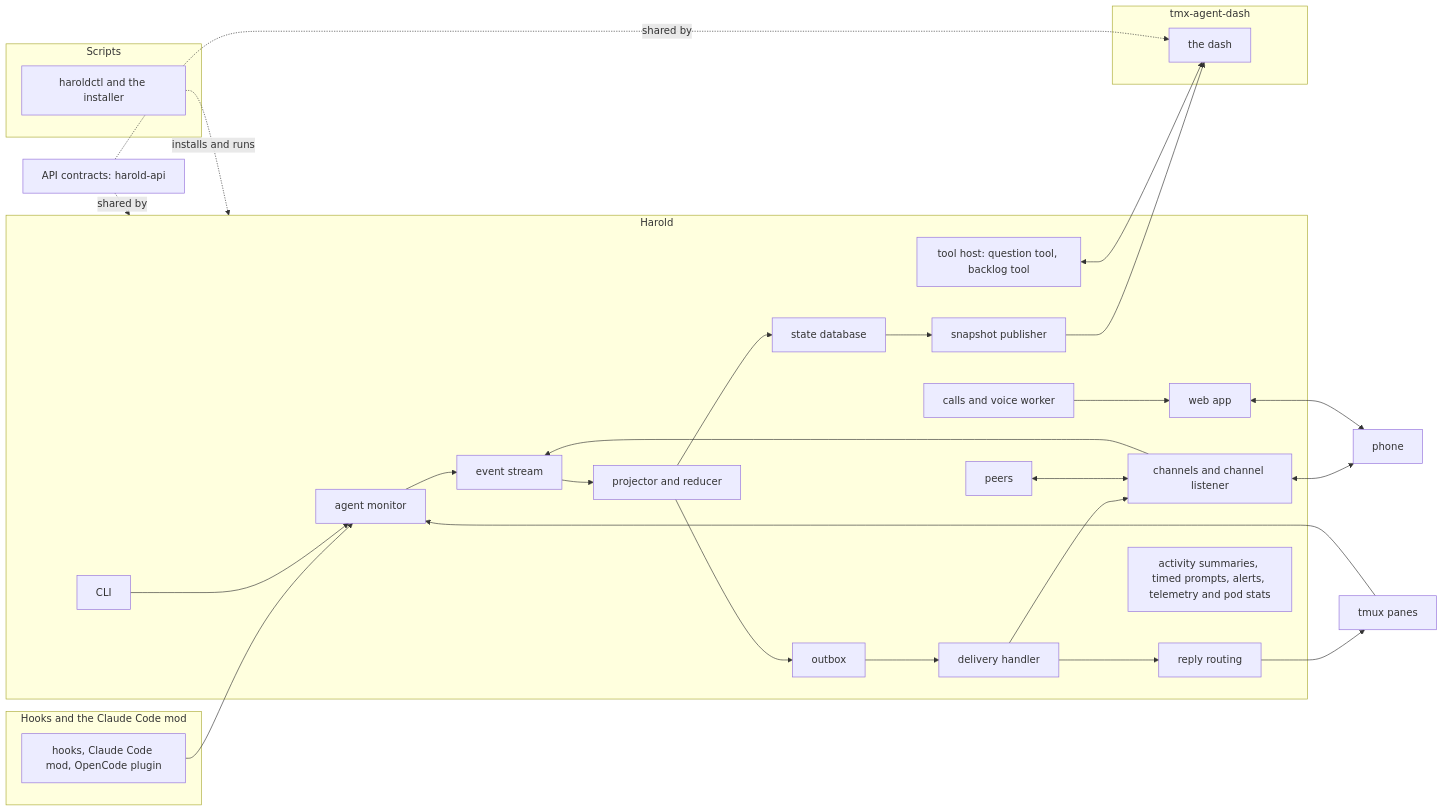
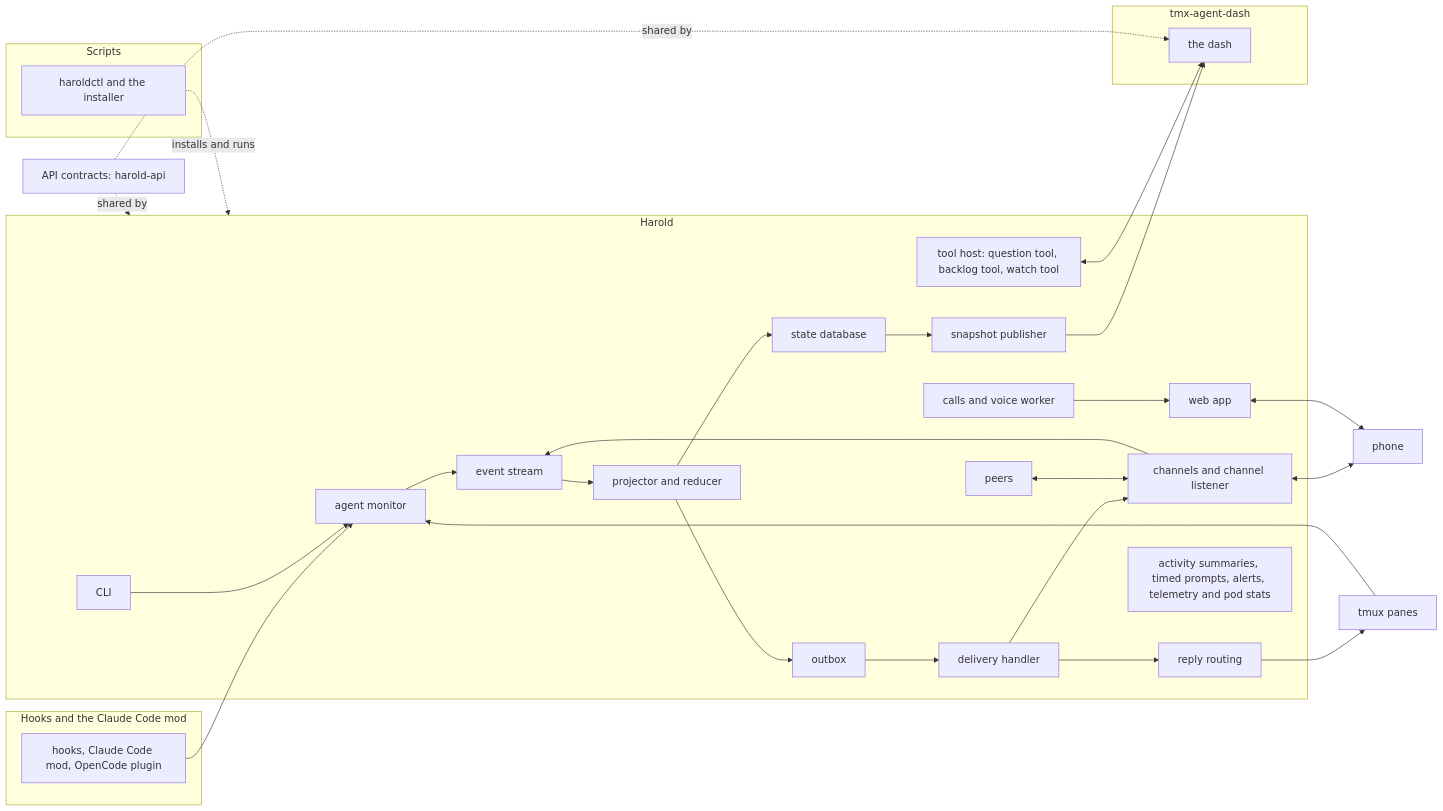
One commit to kahgeh/harold changed the first of 2 diagrams in docs/explanations/architecture.md. Above: the diagram before and after it, drawn with Mermaid. The commit also changed other lines of this file and 13 other files, not shown here.

Commit message:
Accept skills linked from the user's watch skill folders, and document the watch tool

````diff
--- a/docs/explanations/architecture.md
+++ b/docs/explanations/architecture.md
@@ -11,59 +11,59 @@
 ```mermaid
 flowchart LR
   subgraph hooksg["Hooks and the Claude Code mod"]
     hooks["hooks, Claude Code mod, OpenCode plugin"]
   end
 
   subgraph harold["Harold"]
     monitor["agent monitor"]
     stream["event stream"]
     projector["projector and reducer"]
     statedb["state database"]
     outbox["outbox"]
     handler["delivery handler"]
     channels["channels and channel listener"]
     routing["reply routing"]
     publisher["snapshot publisher"]
     peers["peers"]
-    toolhost["tool host: question tool, backlog tool"]
+    toolhost["tool host: question tool, backlog tool, watch tool"]
     voice["calls and voice worker"]
     webapp["web app"]
     extras["activity summaries, timed prompts, alerts, telemetry and pod stats"]
     cli["CLI"]
   end
 
   subgraph dashg["tmx-agent-dash"]
     dash["the dash"]
   end
 
   subgraph scriptsg["Scripts"]
     ctl["haroldctl and the installer"]
   end
 
   api["API contracts: harold-api"]
   phone["phone"]
   panes["tmux panes"]
 
   hooks --> monitor
   panes --> monitor
   monitor --> stream
   channels --> stream
   stream --> projector
   projector --> statedb
   projector --> outbox
   outbox --> handler
   handler --> channels
   handler --> routing
   routing --> panes
   channels <--> phone
   webapp <--> phone
   statedb --> publisher
   publisher --> dash
   toolhost <--> dash
   peers <--> channels
   voice --> webapp
   cli --> monitor
   ctl -. installs and runs .-> harold
   api -. shared by .-> harold
   api -. shared by .-> dash
 ```
````
